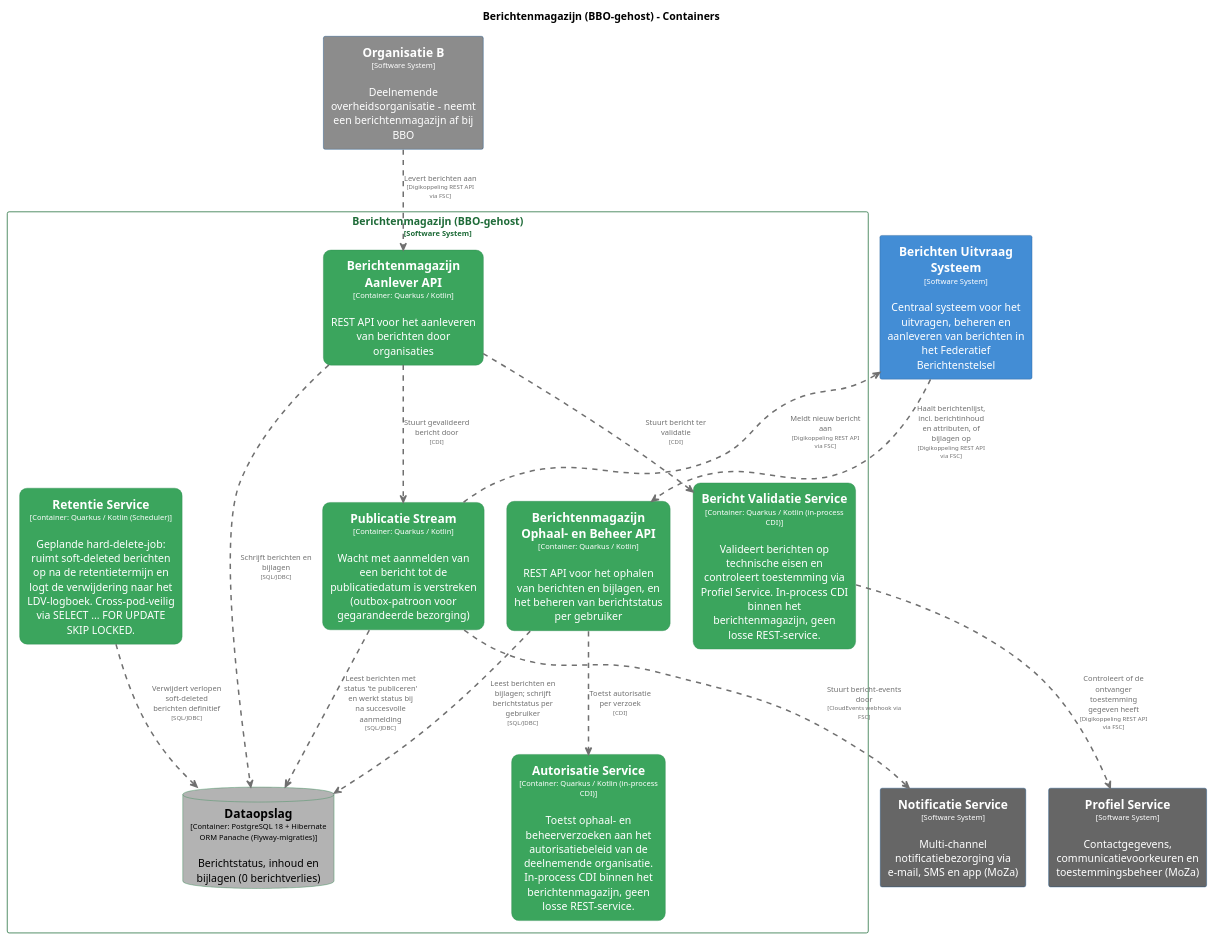
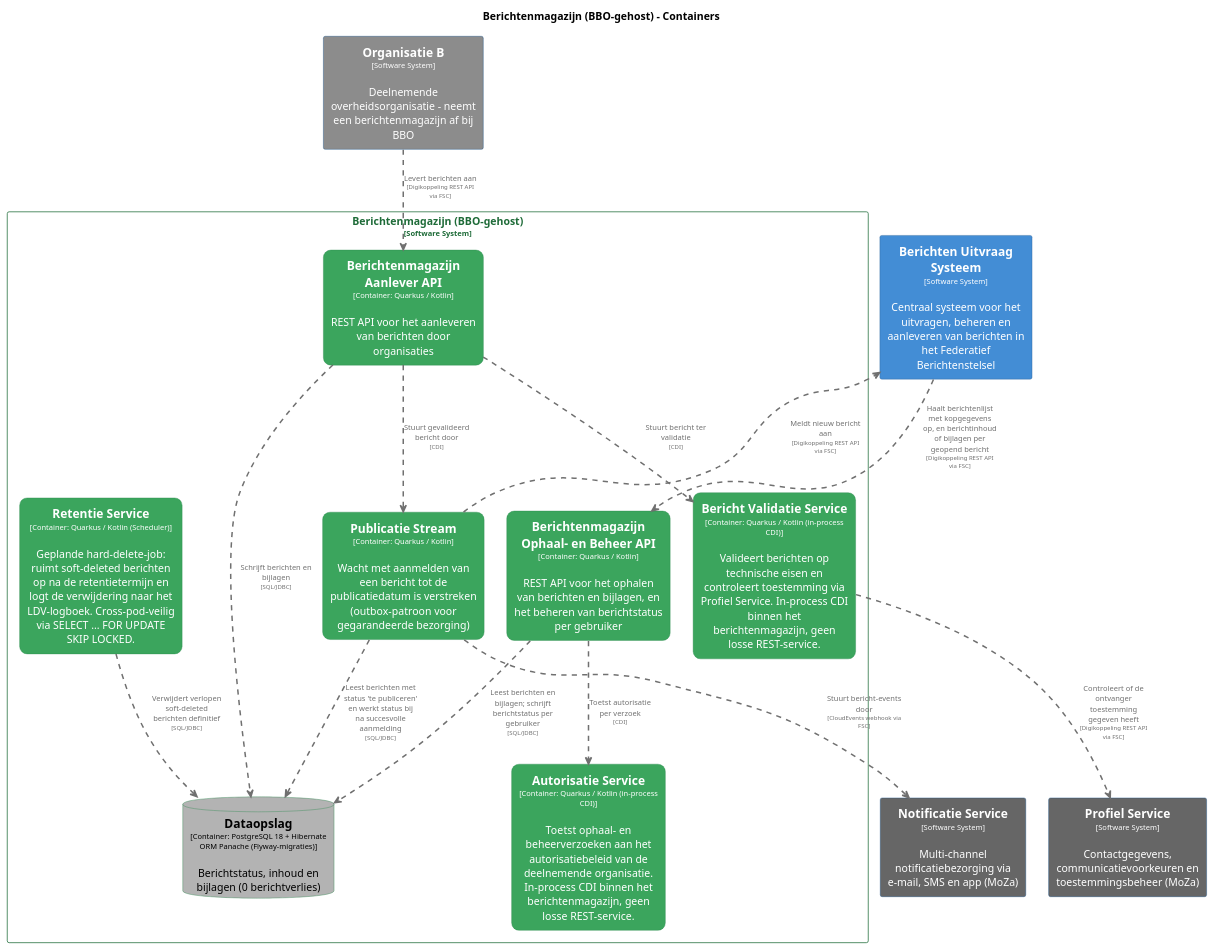
The diagram in master/puml/BerichtenmagazijnContainers.puml (MinBZK/moza-poc-fbs-berichtenbox), drawn with PlantUML before and after one commit. The commit also changed 41 other files, not shown here.

```diff
--- a/master/puml/BerichtenmagazijnContainers.puml
+++ b/master/puml/BerichtenmagazijnContainers.puml
@@ -1,123 +1,123 @@
 @startuml
 set separator none
 title Berichtenmagazijn (BBO-gehost) - Containers
 
 top to bottom direction
 skinparam ranksep 60
 skinparam nodesep 30
 
 skinparam {
   arrowFontSize 10
   defaultTextAlignment center
   wrapWidth 200
   maxMessageSize 100
 }
 
 hide stereotype
 
 skinparam rectangle<<BerichtenmagazijnBBOgehost.AutorisatieService>> {
   BackgroundColor #3ba55d
   FontColor #ffffff
   BorderColor #2d8a4e
   roundCorner 20
   shadowing false
 }
 skinparam rectangle<<BerichtenmagazijnBBOgehost.BerichtValidatieService>> {
   BackgroundColor #3ba55d
   FontColor #ffffff
   BorderColor #2d8a4e
   roundCorner 20
   shadowing false
 }
 skinparam rectangle<<BerichtenUitvraagSysteem>> {
   BackgroundColor #438dd5
   FontColor #ffffff
   BorderColor #2e6295
   shadowing false
 }
 skinparam rectangle<<BerichtenmagazijnBBOgehost.BerichtenmagazijnAanleverAPI>> {
   BackgroundColor #3ba55d
   FontColor #ffffff
   BorderColor #2d8a4e
   roundCorner 20
   shadowing false
 }
 skinparam rectangle<<BerichtenmagazijnBBOgehost.BerichtenmagazijnOphaalenBeheerAPI>> {
   BackgroundColor #3ba55d
   FontColor #ffffff
   BorderColor #2d8a4e
   roundCorner 20
   shadowing false
 }
 skinparam database<<BerichtenmagazijnBBOgehost.Dataopslag>> {
   BackgroundColor #b3b3b3
   FontColor #000000
   BorderColor #2d8a4e
   shadowing false
 }
 skinparam rectangle<<NotificatieService>> {
   BackgroundColor #666666
   FontColor #ffffff
   BorderColor #0b4884
   shadowing false
 }
 skinparam rectangle<<OrganisatieB>> {
   BackgroundColor #8c8c8c
   FontColor #ffffff
   BorderColor #0b4884
   shadowing false
 }
 skinparam rectangle<<ProfielService>> {
   BackgroundColor #666666
   FontColor #ffffff
   BorderColor #0b4884
   shadowing false
 }
 skinparam rectangle<<BerichtenmagazijnBBOgehost.PublicatieStream>> {
   BackgroundColor #3ba55d
   FontColor #ffffff
   BorderColor #2d8a4e
   roundCorner 20
   shadowing false
 }
 skinparam rectangle<<BerichtenmagazijnBBOgehost.RetentieService>> {
   BackgroundColor #3ba55d
   FontColor #ffffff
   BorderColor #2d8a4e
   roundCorner 20
   shadowing false
 }
 skinparam rectangle<<BerichtenmagazijnBBOgehost>> {
   BorderColor #1e6b38
   FontColor #1e6b38
   shadowing false
 }
 
 rectangle "==Profiel Service\n<size:10>[Software System]</size>\n\nContactgegevens, communicatievoorkeuren en toestemmingsbeheer (MoZa)" <<ProfielService>> as ProfielService
 rectangle "==Notificatie Service\n<size:10>[Software System]</size>\n\nMulti-channel notificatiebezorging via e-mail, SMS en app (MoZa)" <<NotificatieService>> as NotificatieService
 rectangle "==Organisatie B\n<size:10>[Software System]</size>\n\nDeelnemende overheidsorganisatie - neemt een berichtenmagazijn af bij BBO" <<OrganisatieB>> as OrganisatieB
 rectangle "==Berichten Uitvraag Systeem\n<size:10>[Software System]</size>\n\nCentraal systeem voor het uitvragen, beheren en aanleveren van berichten in het Federatief Berichtenstelsel" <<BerichtenUitvraagSysteem>> as BerichtenUitvraagSysteem
 
 rectangle "Berichtenmagazijn (BBO-gehost)\n<size:10>[Software System]</size>" <<BerichtenmagazijnBBOgehost>> {
   rectangle "==Berichtenmagazijn Ophaal- en Beheer API\n<size:10>[Container: Quarkus / Kotlin]</size>\n\nREST API voor het ophalen van berichten en bijlagen, en het beheren van berichtstatus per gebruiker" <<BerichtenmagazijnBBOgehost.BerichtenmagazijnOphaalenBeheerAPI>> as BerichtenmagazijnBBOgehost.BerichtenmagazijnOphaalenBeheerAPI
   rectangle "==Berichtenmagazijn Aanlever API\n<size:10>[Container: Quarkus / Kotlin]</size>\n\nREST API voor het aanleveren van berichten door organisaties" <<BerichtenmagazijnBBOgehost.BerichtenmagazijnAanleverAPI>> as BerichtenmagazijnBBOgehost.BerichtenmagazijnAanleverAPI
   database "==Dataopslag\n<size:10>[Container: PostgreSQL 18 + Hibernate ORM Panache (Flyway-migraties)]</size>\n\nBerichtstatus, inhoud en bijlagen (0 berichtverlies)" <<BerichtenmagazijnBBOgehost.Dataopslag>> as BerichtenmagazijnBBOgehost.Dataopslag
   rectangle "==Bericht Validatie Service\n<size:10>[Container: Quarkus / Kotlin (in-process CDI)]</size>\n\nValideert berichten op technische eisen en controleert toestemming via Profiel Service. In-process CDI binnen het berichtenmagazijn, geen losse REST-service." <<BerichtenmagazijnBBOgehost.BerichtValidatieService>> as BerichtenmagazijnBBOgehost.BerichtValidatieService
   rectangle "==Publicatie Stream\n<size:10>[Container: Quarkus / Kotlin]</size>\n\nWacht met aanmelden van een bericht tot de publicatiedatum is verstreken (outbox-patroon voor gegarandeerde bezorging)" <<BerichtenmagazijnBBOgehost.PublicatieStream>> as BerichtenmagazijnBBOgehost.PublicatieStream
   rectangle "==Autorisatie Service\n<size:10>[Container: Quarkus / Kotlin (in-process CDI)]</size>\n\nToetst ophaal- en beheerverzoeken aan het autorisatiebeleid van de deelnemende organisatie. In-process CDI binnen het berichtenmagazijn, geen losse REST-service." <<BerichtenmagazijnBBOgehost.AutorisatieService>> as BerichtenmagazijnBBOgehost.AutorisatieService
   rectangle "==Retentie Service\n<size:10>[Container: Quarkus / Kotlin (Scheduler)]</size>\n\nGeplande hard-delete-job: ruimt soft-deleted berichten op na de retentietermijn en logt de verwijdering naar het LDV-logboek. Cross-pod-veilig via SELECT ... FOR UPDATE SKIP LOCKED." <<BerichtenmagazijnBBOgehost.RetentieService>> as BerichtenmagazijnBBOgehost.RetentieService
 }
 
-BerichtenUitvraagSysteem .[#707070,thickness=2].> BerichtenmagazijnBBOgehost.BerichtenmagazijnOphaalenBeheerAPI : "<color:#707070>Haalt berichtenlijst, incl. berichtinhoud en attributen, of bijlagen op\n<color:#707070><size:8>[Digikoppeling REST API via FSC]</size>"
+BerichtenUitvraagSysteem .[#707070,thickness=2].> BerichtenmagazijnBBOgehost.BerichtenmagazijnOphaalenBeheerAPI : "<color:#707070>Haalt berichtenlijst met kopgegevens op, en berichtinhoud of bijlagen per geopend bericht\n<color:#707070><size:8>[Digikoppeling REST API via FSC]</size>"
 BerichtenmagazijnBBOgehost.PublicatieStream .[#707070,thickness=2].> BerichtenUitvraagSysteem : "<color:#707070>Meldt nieuw bericht aan\n<color:#707070><size:8>[Digikoppeling REST API via FSC]</size>"
 BerichtenmagazijnBBOgehost.PublicatieStream .[#707070,thickness=2].> NotificatieService : "<color:#707070>Stuurt bericht-events door\n<color:#707070><size:8>[CloudEvents webhook via FSC]</size>"
 OrganisatieB .[#707070,thickness=2].> BerichtenmagazijnBBOgehost.BerichtenmagazijnAanleverAPI : "<color:#707070>Levert berichten aan\n<color:#707070><size:8>[Digikoppeling REST API via FSC]</size>"
 BerichtenmagazijnBBOgehost.BerichtValidatieService .[#707070,thickness=2].> ProfielService : "<color:#707070>Controleert of de ontvanger toestemming gegeven heeft\n<color:#707070><size:8>[Digikoppeling REST API via FSC]</size>"
 BerichtenmagazijnBBOgehost.BerichtenmagazijnOphaalenBeheerAPI .[#707070,thickness=2].> BerichtenmagazijnBBOgehost.Dataopslag : "<color:#707070>Leest berichten en bijlagen; schrijft berichtstatus per gebruiker\n<color:#707070><size:8>[SQL/JDBC]</size>"
 BerichtenmagazijnBBOgehost.BerichtenmagazijnAanleverAPI .[#707070,thickness=2].> BerichtenmagazijnBBOgehost.Dataopslag : "<color:#707070>Schrijft berichten en bijlagen\n<color:#707070><size:8>[SQL/JDBC]</size>"
 BerichtenmagazijnBBOgehost.BerichtenmagazijnAanleverAPI .[#707070,thickness=2].> BerichtenmagazijnBBOgehost.BerichtValidatieService : "<color:#707070>Stuurt bericht ter validatie\n<color:#707070><size:8>[CDI]</size>"
 BerichtenmagazijnBBOgehost.BerichtenmagazijnAanleverAPI .[#707070,thickness=2].> BerichtenmagazijnBBOgehost.PublicatieStream : "<color:#707070>Stuurt gevalideerd bericht door\n<color:#707070><size:8>[CDI]</size>"
 BerichtenmagazijnBBOgehost.PublicatieStream .[#707070,thickness=2].> BerichtenmagazijnBBOgehost.Dataopslag : "<color:#707070>Leest berichten met status 'te publiceren' en werkt status bij na succesvolle aanmelding\n<color:#707070><size:8>[SQL/JDBC]</size>"
 BerichtenmagazijnBBOgehost.BerichtenmagazijnOphaalenBeheerAPI .[#707070,thickness=2].> BerichtenmagazijnBBOgehost.AutorisatieService : "<color:#707070>Toetst autorisatie per verzoek\n<color:#707070><size:8>[CDI]</size>"
 BerichtenmagazijnBBOgehost.RetentieService .[#707070,thickness=2].> BerichtenmagazijnBBOgehost.Dataopslag : "<color:#707070>Verwijdert verlopen soft-deleted berichten definitief\n<color:#707070><size:8>[SQL/JDBC]</size>"
 @enduml
```
